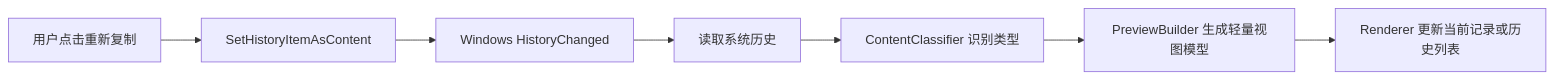
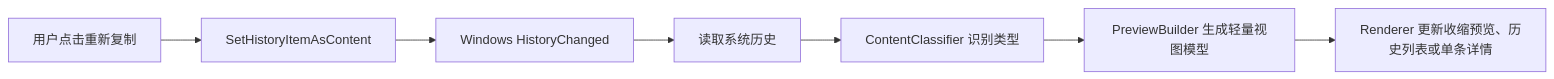
The diagram in docs/superpowers/specs/2026-07-23-floating-clipboard-design.md (overflow7782/CVEngineer), drawn with Mermaid before and after one commit. The commit also changed other lines of this file and 12 other files, not shown here.

````diff
--- a/docs/superpowers/specs/2026-07-23-floating-clipboard-design.md
+++ b/docs/superpowers/specs/2026-07-23-floating-clipboard-design.md
@@ -185,9 +207,9 @@
 ```mermaid
 flowchart LR
     A["Windows HistoryChanged"] --> B["读取系统历史"]
     B --> C["ContentClassifier 识别类型"]
     C --> D["PreviewBuilder 生成轻量视图模型"]
-    D --> E["Renderer 更新当前记录或历史列表"]
+    D --> E["Renderer 更新收缩预览、历史列表或单条详情"]
     F["用户点击重新复制"] --> G["SetHistoryItemAsContent"]
     G --> A
 ```
````
